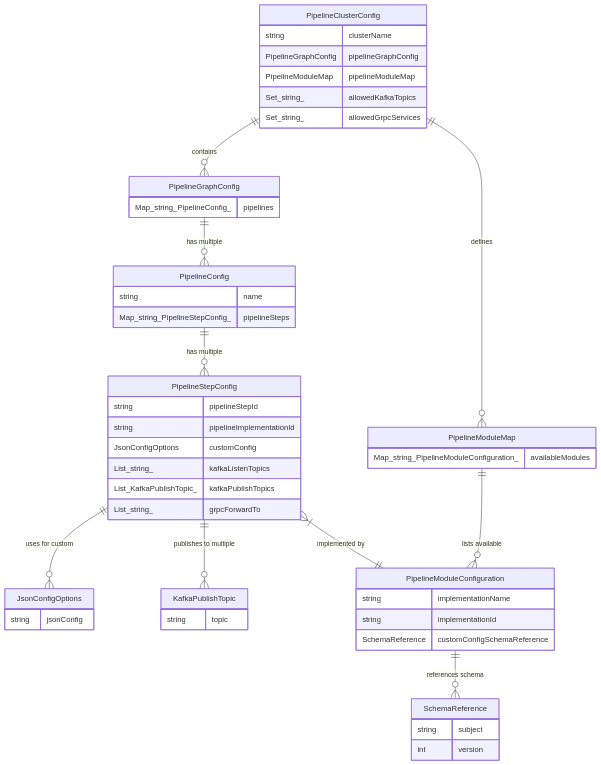
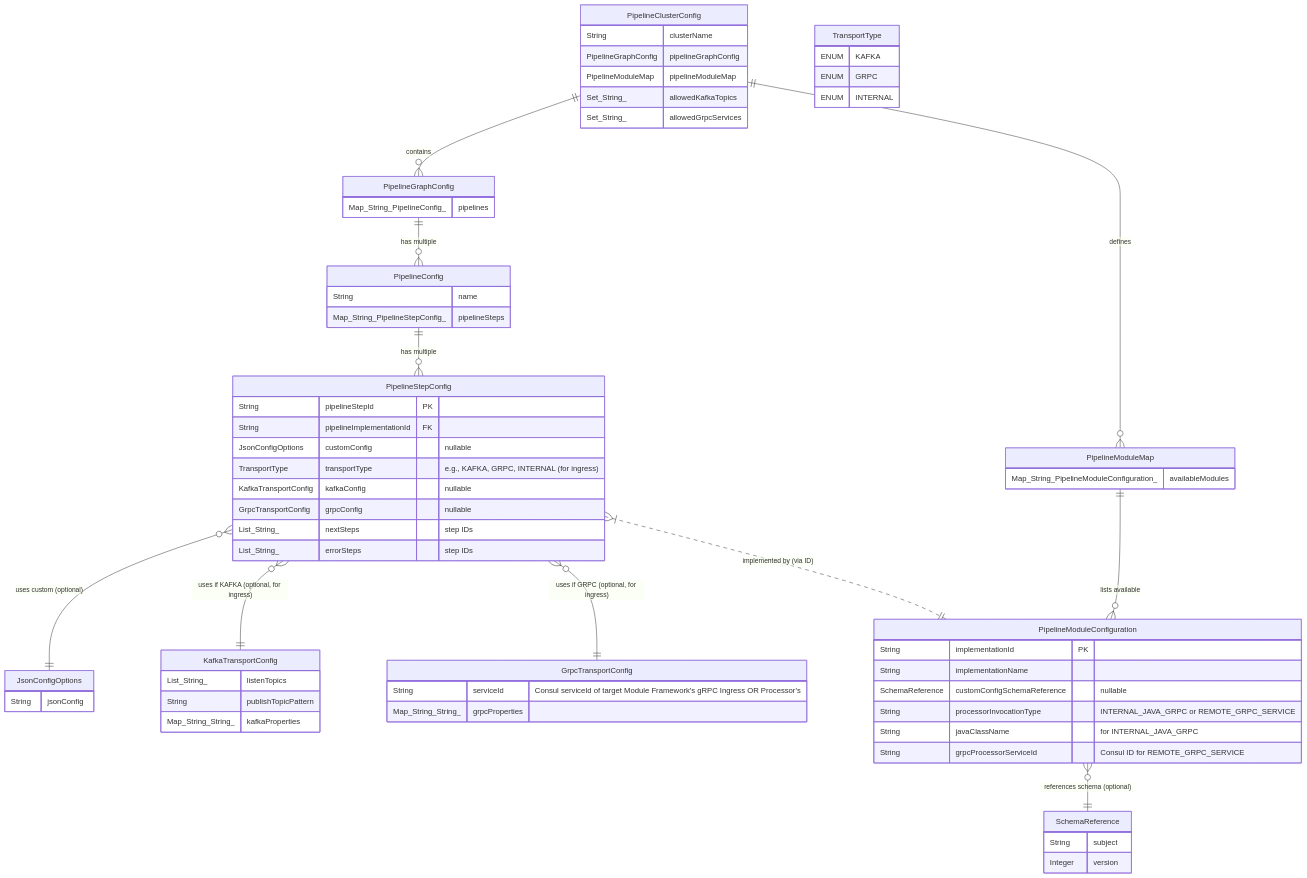
The second of 3 diagrams in docs/PipelineSchemaDesign.md (krickert/micronaut-multiproject-example), drawn with Mermaid before and after one commit. The commit also changed other lines of this file, not shown here.

````diff
--- a/docs/PipelineSchemaDesign.md
+++ b/docs/PipelineSchemaDesign.md
@@ -81,70 +101,80 @@
 ```mermaid
 erDiagram
     PipelineClusterConfig {
-        string clusterName
+        String clusterName
         PipelineGraphConfig pipelineGraphConfig
         PipelineModuleMap pipelineModuleMap
-        Set_string_ allowedKafkaTopics
-        Set_string_ allowedGrpcServices
+        Set_String_ allowedKafkaTopics
+        Set_String_ allowedGrpcServices
     }
 
     PipelineGraphConfig {
-        Map_string_PipelineConfig_ pipelines
+        Map_String_PipelineConfig_ pipelines
     }
 
     PipelineConfig {
-        string name
-        Map_string_PipelineStepConfig_ pipelineSteps
+        String name
+        Map_String_PipelineStepConfig_ pipelineSteps
     }
 
     PipelineStepConfig {
-        string pipelineStepId
-        string pipelineImplementationId
-        JsonConfigOptions customConfig
-        List_string_ kafkaListenTopics
-        List_KafkaPublishTopic_ kafkaPublishTopics
-        List_string_ grpcForwardTo
+        String pipelineStepId PK
+        String pipelineImplementationId FK
+        JsonConfigOptions customConfig "nullable"
+        TransportType transportType "e.g., KAFKA, GRPC, INTERNAL (for ingress)"
+        KafkaTransportConfig kafkaConfig "nullable"
+        GrpcTransportConfig grpcConfig "nullable"
+        List_String_ nextSteps "step IDs"
+        List_String_ errorSteps "step IDs"
     }
 
     JsonConfigOptions {
-        string jsonConfig
-    }
-
-    KafkaPublishTopic {
-        string topic
+        String jsonConfig
     }
 
     PipelineModuleMap {
-        Map_string_PipelineModuleConfiguration_ availableModules
+        Map_String_PipelineModuleConfiguration_ availableModules
     }
 
     PipelineModuleConfiguration {
-        string implementationName
-        string implementationId
-        SchemaReference customConfigSchemaReference
+        String implementationId PK
+        String implementationName
+        SchemaReference customConfigSchemaReference "nullable"
+        String processorInvocationType "INTERNAL_JAVA_GRPC or REMOTE_GRPC_SERVICE"
+        String javaClassName "for INTERNAL_JAVA_GRPC"
+        String grpcProcessorServiceId "Consul ID for REMOTE_GRPC_SERVICE"
     }
 
     SchemaReference {
-        string subject
-        int version
+        String subject
+        Integer version
+    }
+
+    TransportType {
+        ENUM KAFKA
+        ENUM GRPC
+        ENUM INTERNAL
+    }
+
+    KafkaTransportConfig {
+        List_String_ listenTopics
+        String publishTopicPattern
+        Map_String_String_ kafkaProperties
+    }
+
+    GrpcTransportConfig {
+        String serviceId "Consul serviceId of target Module Framework's gRPC Ingress OR Processor's"
+        Map_String_String_ grpcProperties
     }
 
     PipelineClusterConfig ||--o{ PipelineGraphConfig : contains
     PipelineClusterConfig ||--o{ PipelineModuleMap : defines
     PipelineGraphConfig ||--o{ PipelineConfig : "has multiple"
     PipelineConfig ||--o{ PipelineStepConfig : "has multiple"
-    PipelineStepConfig ||--o{ JsonConfigOptions : "uses for custom"
-    PipelineStepConfig ||--o{ KafkaPublishTopic : "publishes to multiple"
-    PipelineStepConfig }|--|| PipelineModuleConfiguration : "implemented by"
+    PipelineStepConfig }o--|| JsonConfigOptions : "uses custom (optional)"
+    PipelineStepConfig }o--|| KafkaTransportConfig : "uses if KAFKA (optional, for ingress)"
+    PipelineStepConfig }o--|| GrpcTransportConfig : "uses if GRPC (optional, for ingress)"
+    PipelineStepConfig }|..|| PipelineModuleConfiguration : "implemented by (via ID)"
     PipelineModuleMap ||--o{ PipelineModuleConfiguration : "lists available"
-    PipelineModuleConfiguration ||--o{ SchemaReference : "references schema"
-
-    %% Cardinality notes:
-    %% PipelineClusterConfig <-> PipelineGraphConfig : 1 -- 1
-    %% PipelineClusterConfig <-> PipelineModuleMap : 1 -- 1
-    %% PipelineGraphConfig <-> PipelineConfig : 1 -- M (Map)
-    %% PipelineConfig <-> PipelineStepConfig : 1 -- M (Map)
-    %% PipelineStepConfig <-> PipelineModuleConfiguration : M -- 1 (pipelineImplementationId links to implementationId)
-    %% PipelineModuleMap <-> PipelineModuleConfiguration : 1 -- M (Map)
-    %% PipelineModuleConfiguration <-> SchemaReference : 1 -- 1 (can be null)
+    PipelineModuleConfiguration }o--|| SchemaReference : "references schema (optional)"
 ```
````
